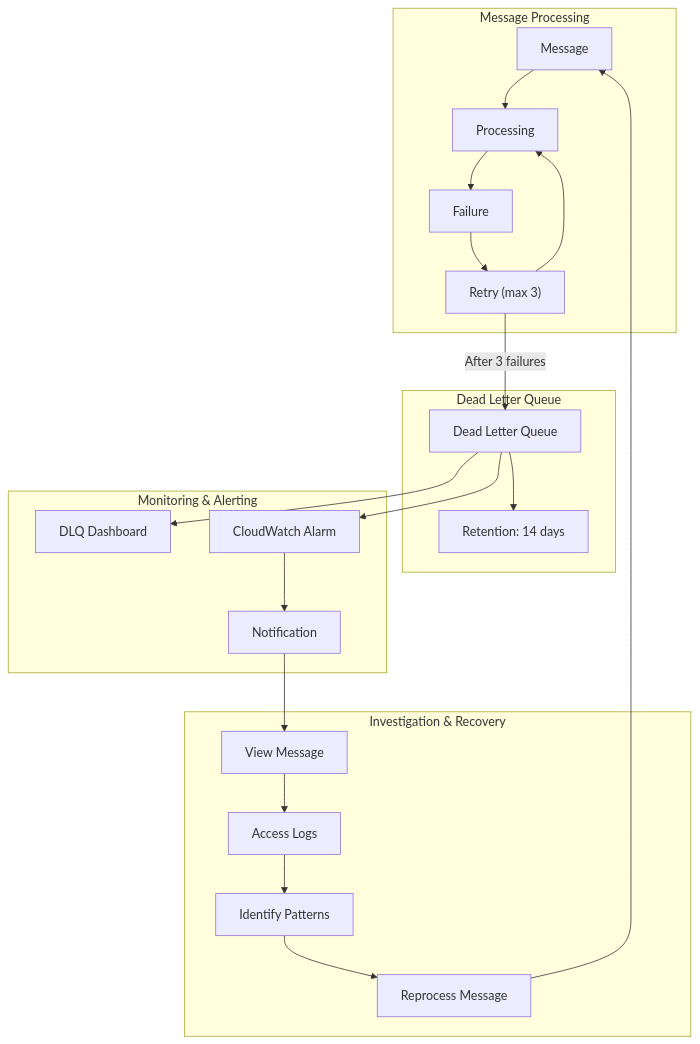
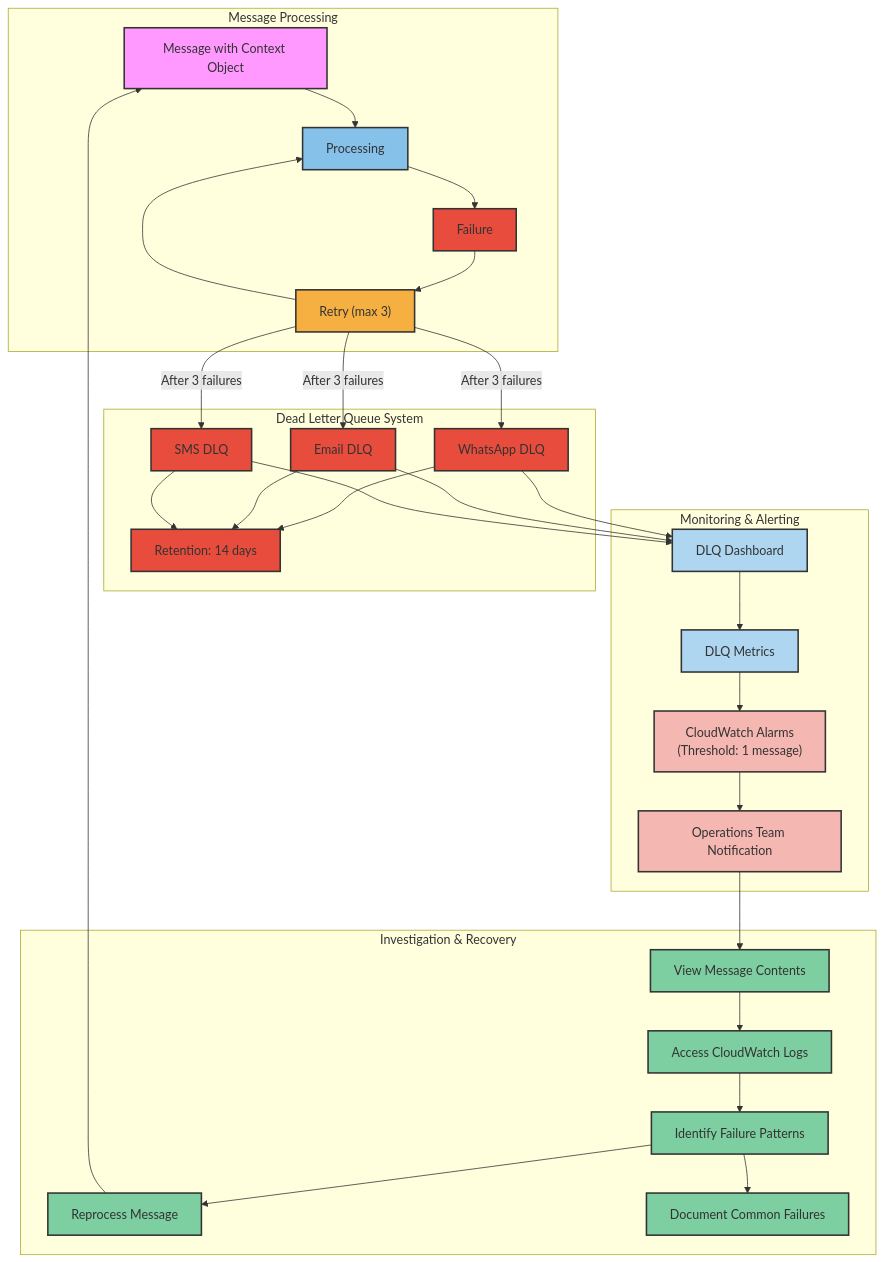
Before and after one commit to junksamiad/template-sender-engine: the fifth of 7 diagrams in lld/channel-router/channel-router-diagrams-v1.0.md, drawn with Mermaid. The commit also changed other lines of this file, not shown here.

Commit message:
Updated channel-router-diagrams-v1.0.md to align with channel router documentation

````diff
--- a/lld/channel-router/channel-router-diagrams-v1.0.md
+++ b/lld/channel-router/channel-router-diagrams-v1.0.md
@@ -211,45 +288,77 @@
 ```mermaid
 flowchart TD
     subgraph "Message Processing"
-        MSG["Message"]
+        MSG["Message with Context Object"]
         PROC["Processing"]
         FAIL["Failure"]
         RETRY["Retry (max 3)"]
     end
     
-    subgraph "Dead Letter Queue"
-        DLQ["Dead Letter Queue"]
+    subgraph "Dead Letter Queue System"
+        WDLQ["WhatsApp DLQ"]
+        EDLQ["Email DLQ"]
+        SDLQ["SMS DLQ"]
         RETAIN["Retention: 14 days"]
     end
     
     subgraph "Monitoring & Alerting"
         DASH["DLQ Dashboard"]
-        ALARM["CloudWatch Alarm"]
-        NOTIFY["Notification"]
+        METRICS["DLQ Metrics"]
+        ALARM["CloudWatch Alarms<br/>(Threshold: 1 message)"]
+        NOTIFY["Operations Team Notification"]
     end
     
     subgraph "Investigation & Recovery"
-        VIEW["View Message"]
-        LOGS["Access Logs"]
-        PATTERN["Identify Patterns"]
+        VIEW["View Message Contents"]
+        LOGS["Access CloudWatch Logs"]
+        PATTERN["Identify Failure Patterns"]
         REPROCESS["Reprocess Message"]
+        DOC["Document Common Failures"]
     end
     
     MSG --> PROC
     PROC --> FAIL
     FAIL --> RETRY
     RETRY --> PROC
     
-    RETRY -- "After 3 failures" --> DLQ
-    DLQ --> RETAIN
+    RETRY -- "After 3 failures" --> WDLQ
+    RETRY -- "After 3 failures" --> EDLQ
+    RETRY -- "After 3 failures" --> SDLQ
     
-    DLQ --> DASH
-    DLQ --> ALARM
+    WDLQ --> RETAIN
+    EDLQ --> RETAIN
+    SDLQ --> RETAIN
+    
+    WDLQ --> DASH
+    EDLQ --> DASH
+    SDLQ --> DASH
+    
+    DASH --> METRICS
+    METRICS --> ALARM
     ALARM --> NOTIFY
     
     NOTIFY --> VIEW
     VIEW --> LOGS
     LOGS --> PATTERN
     PATTERN --> REPROCESS
+    PATTERN --> DOC
     REPROCESS --> MSG
+    
+    style MSG fill:#f9f,stroke:#333,stroke-width:2px
+    style PROC fill:#85C1E9,stroke:#333,stroke-width:2px
+    style FAIL fill:#E74C3C,stroke:#333,stroke-width:2px
+    style RETRY fill:#F5B041,stroke:#333,stroke-width:2px
+    style WDLQ fill:#E74C3C,stroke:#333,stroke-width:2px
+    style EDLQ fill:#E74C3C,stroke:#333,stroke-width:2px
+    style SDLQ fill:#E74C3C,stroke:#333,stroke-width:2px
+    style RETAIN fill:#E74C3C,stroke:#333,stroke-width:2px
+    style DASH fill:#AED6F1,stroke:#333,stroke-width:2px
+    style METRICS fill:#AED6F1,stroke:#333,stroke-width:2px
+    style ALARM fill:#F5B7B1,stroke:#333,stroke-width:2px
+    style NOTIFY fill:#F5B7B1,stroke:#333,stroke-width:2px
+    style VIEW fill:#7DCEA0,stroke:#333,stroke-width:2px
+    style LOGS fill:#7DCEA0,stroke:#333,stroke-width:2px
+    style PATTERN fill:#7DCEA0,stroke:#333,stroke-width:2px
+    style REPROCESS fill:#7DCEA0,stroke:#333,stroke-width:2px
+    style DOC fill:#7DCEA0,stroke:#333,stroke-width:2px
 ```
````
